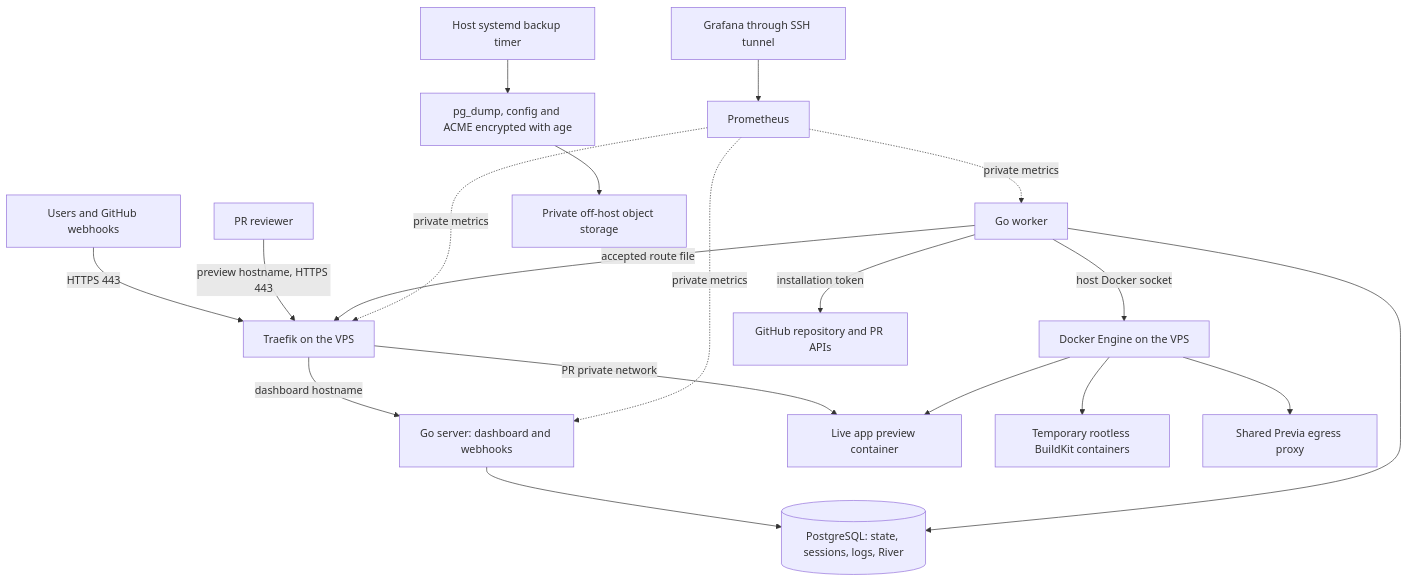
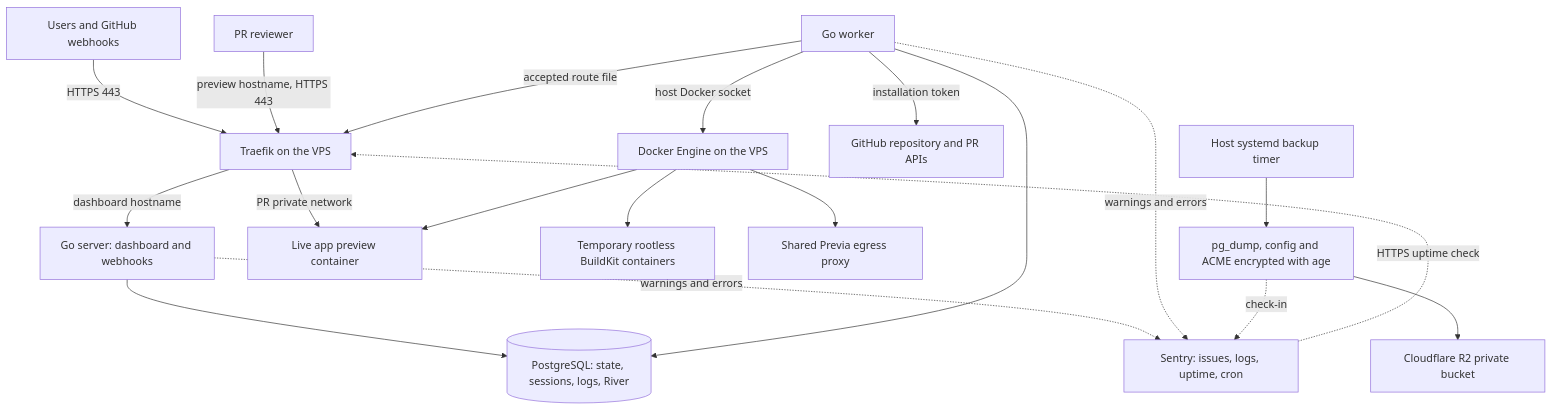
The third of 4 diagrams in docs/25-production-deployment.md (ajaykathwate/Previa), drawn with Mermaid before and after one commit. The commit also changed other lines of this file and 30 other files, not shown here.

First line of the commit message:
feat(deploy): final production setup with Sentry, Tailscale and host-built images

````diff
--- a/docs/25-production-deployment.md
+++ b/docs/25-production-deployment.md
@@ -361,21 +593,21 @@
 ```mermaid
 flowchart TD
     User[Users and GitHub webhooks] -->|HTTPS 443| Router[Traefik on the VPS]
     Router -->|dashboard hostname| Server[Go server: dashboard and webhooks]
     Reviewer[PR reviewer] -->|preview hostname, HTTPS 443| Router
     Router -->|PR private network| Preview[Live app preview container]
     Server --> DB[(PostgreSQL: state, sessions, logs, River)]
     Worker[Go worker] --> DB
     Worker -->|host Docker socket| Engine[Docker Engine on the VPS]
     Engine --> Builder[Temporary rootless BuildKit containers]
     Engine --> Preview
     Engine --> Egress[Shared Previa egress proxy]
     Worker -->|accepted route file| Router
     Worker -->|installation token| GitHub[GitHub repository and PR APIs]
-    Prom[Prometheus] -.->|private metrics| Server
-    Prom -.->|private metrics| Worker
-    Prom -.->|private metrics| Router
-    Grafana[Grafana through SSH tunnel] --> Prom
+    Server -.->|warnings and errors| Sentry[Sentry: issues, logs, uptime, cron]
+    Worker -.->|warnings and errors| Sentry
+    Sentry -.->|HTTPS uptime check| Router
     Timer[Host systemd backup timer] --> Backup[pg_dump, config and ACME encrypted with age]
-    Backup --> Storage[Private off-host object storage]
+    Backup --> Storage[Cloudflare R2 private bucket]
+    Backup -.->|check-in| Sentry
 ```
````
